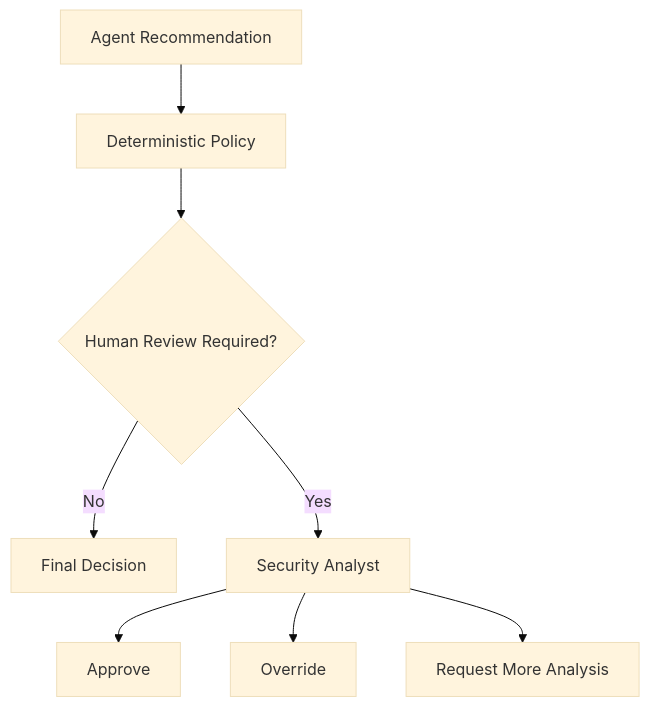
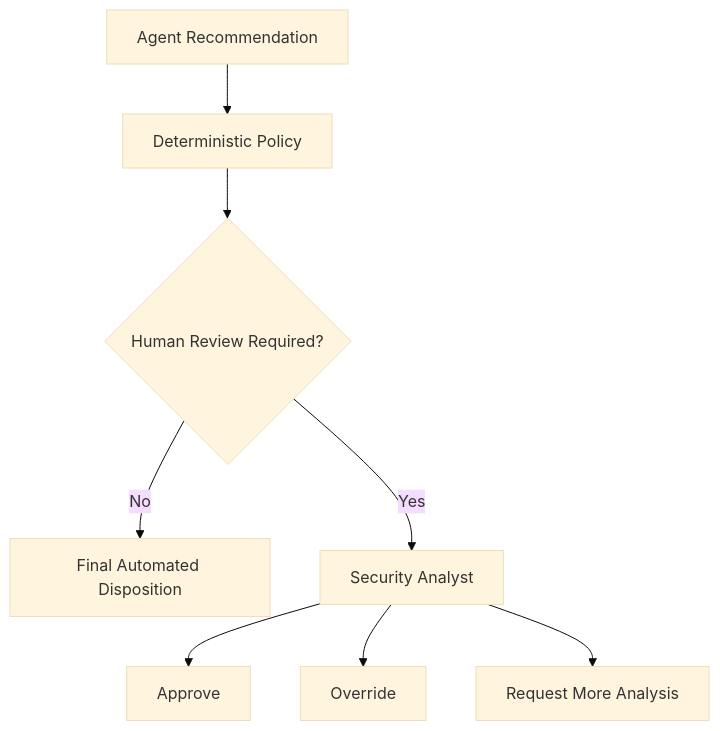
Diagram 12 of 15 in README.md (Manish927/agentic-threat-intelligence), drawn with Mermaid (base theme) before and after one commit. The commit also changed other lines of this file, not shown here.

Commit message:
docs: refine Agentic Threat Intelligence architecture and README

````diff
--- a/README.md
+++ b/README.md
@@ -454,10 +682,12 @@
 ```mermaid
 flowchart TD
-    A[Agent Recommendation] --> P[Deterministic Policy]
-    P --> H{Human Review Required?}
-    H -- No --> F[Final Decision]
-    H -- Yes --> R[Security Analyst]
-    R --> A1[Approve]
-    R --> A2[Override]
-    R --> A3[Request More Analysis]
+    A["Agent Recommendation"] --> P["Deterministic Policy"]
+    P --> H{"Human Review Required?"}
+
+    H -- No --> F["Final Automated Disposition"]
+    H -- Yes --> R["Security Analyst"]
+
+    R --> A1["Approve"]
+    R --> A2["Override"]
+    R --> A3["Request More Analysis"]
 ```
````
